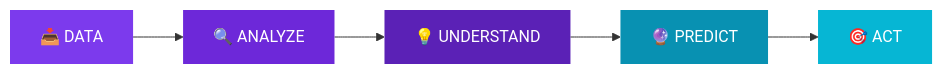
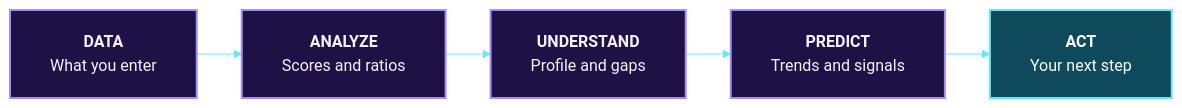
The first of 13 diagrams in README.md (Mansi232323/MANSHORA), drawn with Mermaid before and after one commit. The commit also changed other lines of this file, not shown here.

````diff
--- a/README.md
+++ b/README.md
@@ -31,9 +38,12 @@
 ```mermaid
+%%{init: {'theme':'base','themeVariables':{'fontSize':'16px','fontFamily':'Arial, Helvetica, sans-serif','primaryColor':'#1e1145','primaryTextColor':'#f5f3ff','primaryBorderColor':'#a78bfa','lineColor':'#67e8f9'},'flowchart':{'htmlLabels':true,'nodeSpacing':40,'rankSpacing':45,'padding':20,'wrappingWidth':260}}}%%
 flowchart LR
-    A[📥 DATA] --> B[🔍 ANALYZE] --> C[💡 UNDERSTAND] --> D[🔮 PREDICT] --> E[🎯 ACT]
-    style A fill:#7c3aed,color:#fff,stroke:none
-    style B fill:#6d28d9,color:#fff,stroke:none
-    style C fill:#5b21b6,color:#fff,stroke:none
-    style D fill:#0891b2,color:#fff,stroke:none
-    style E fill:#06b6d4,color:#fff,stroke:none
+    A["<b>DATA</b><br/>What you enter"] --> B["<b>ANALYZE</b><br/>Scores and ratios"]
+    B --> C["<b>UNDERSTAND</b><br/>Profile and gaps"]
+    C --> D["<b>PREDICT</b><br/>Trends and signals"]
+    D --> E["<b>ACT</b><br/>Your next step"]
+    classDef step fill:#1e1145,stroke:#a78bfa,stroke-width:2px,color:#f5f3ff
+    classDef goal fill:#0e4a5c,stroke:#67e8f9,stroke-width:2px,color:#ffffff
+    class A,B,C,D step
+    class E goal
 ```
````
